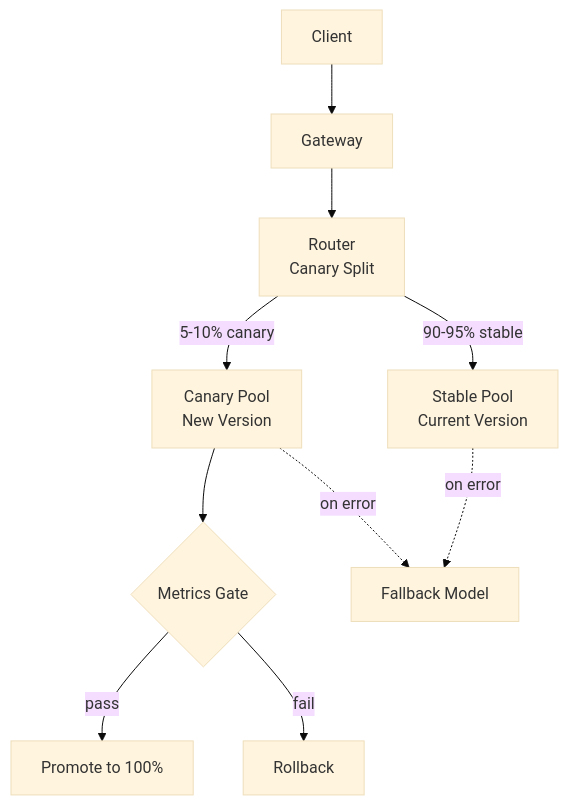
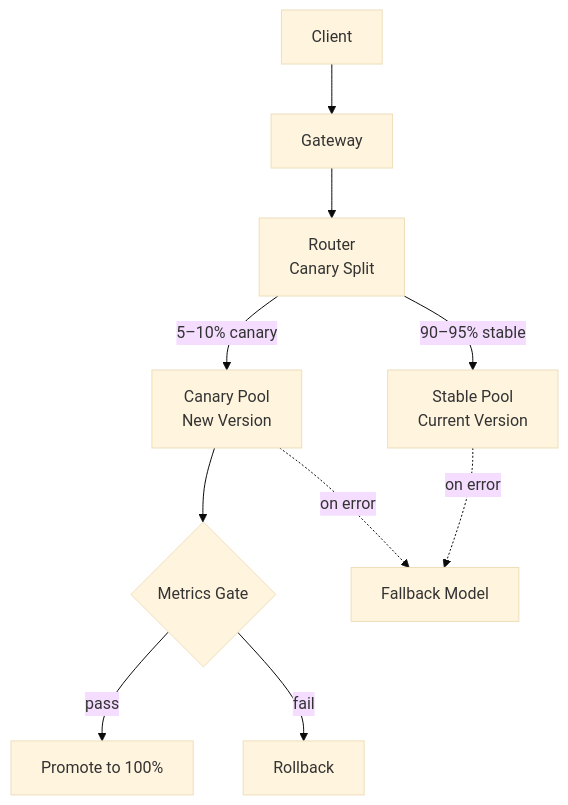
One commit to huangsam/systology changed the diagram in site/content/principles/model-serving.md. Above: the diagram before and after it, drawn with Mermaid (base theme). The commit also changed other lines of this file and 3 other files, not shown here.

```diff
--- a/site/content/principles/model-serving.md
+++ b/site/content/principles/model-serving.md
@@ -33,12 +33,12 @@
 {{< mermaid >}}
 graph TD
     Client --> Gateway
     Gateway --> Router[Router<br>Canary Split]
-    Router -->|5-10% canary| Canary[Canary Pool<br>New Version]
-    Router -->|90-95% stable| Stable[Stable Pool<br>Current Version]
+    Router -->|5–10% canary| Canary[Canary Pool<br>New Version]
+    Router -->|90–95% stable| Stable[Stable Pool<br>Current Version]
     Canary --> Gate{Metrics Gate}
     Gate -->|pass| Promote[Promote to 100%]
     Gate -->|fail| Rollback[Rollback]
     Stable -.->|on error| Fallback[Fallback Model]
     Canary -.->|on error| Fallback
 {{< /mermaid >}}
```
